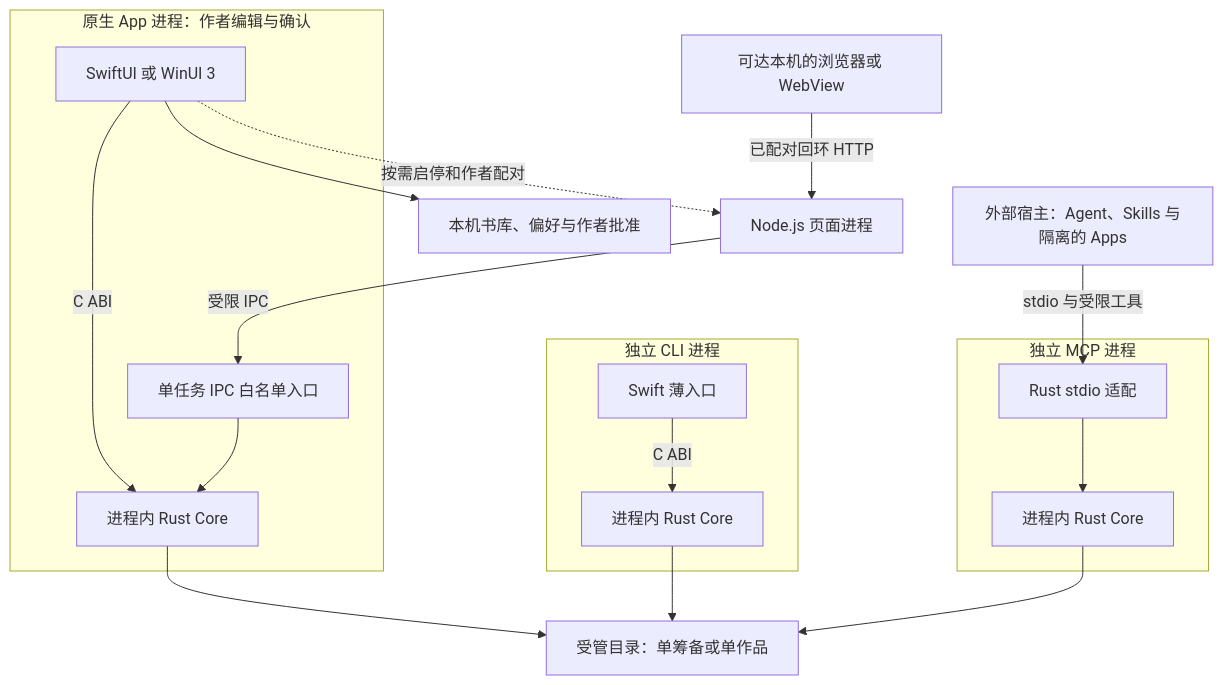
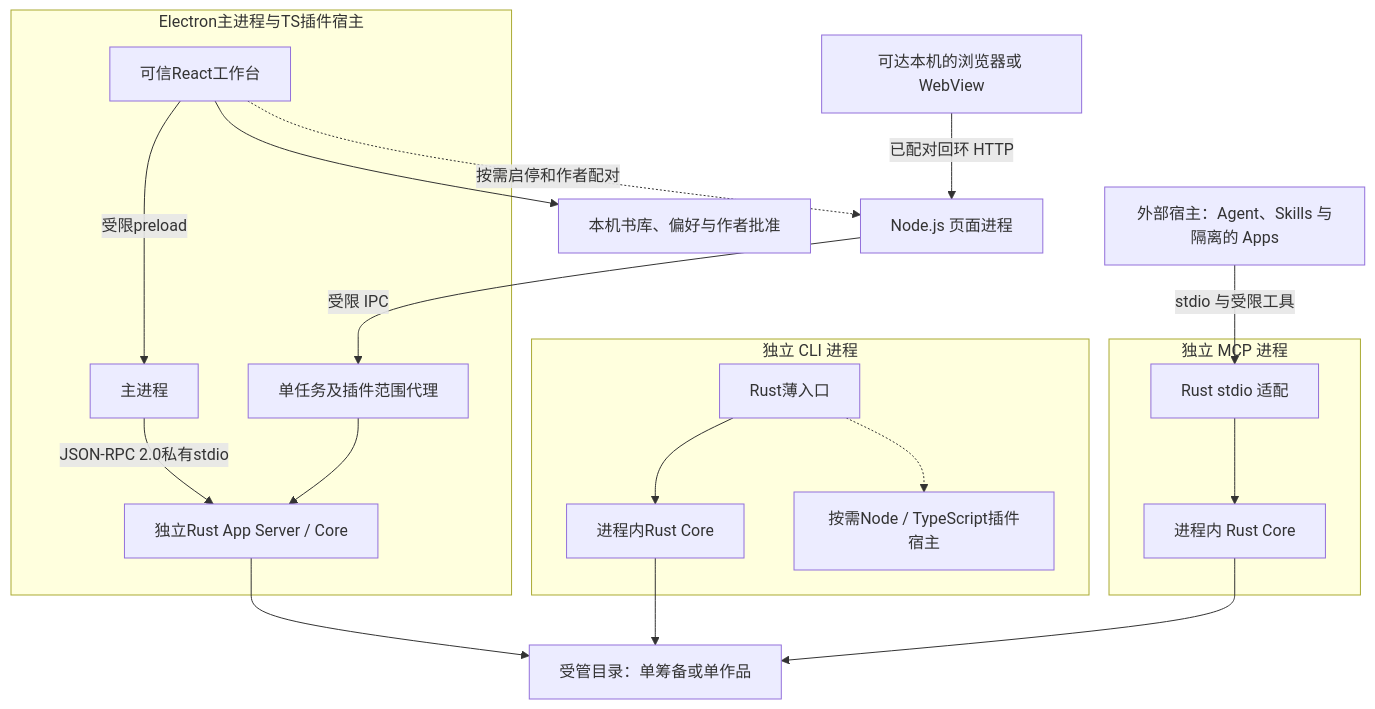
Diagram 21 of 54 in docs/23-业务流程与MCP时序.md (limecloud/hetu), drawn with Mermaid before and after one commit. The commit also changed other lines of this file and 729 other files, not shown here.

````diff
--- a/docs/23-业务流程与MCP时序.md
+++ b/docs/23-业务流程与MCP时序.md
@@ -570,23 +575,25 @@
 ```mermaid
 flowchart TB
     host["外部宿主：Agent、Skills 与隔离的 Apps"]
     browser["可达本机的浏览器或 WebView"]
-    subgraph nativeProcess["原生 App 进程：作者编辑与确认"]
-        nativeUi["SwiftUI 或 WinUI 3"] -->|"C ABI"| nativeCore["进程内 Rust Core"]
-        restrictedIpc["单任务 IPC 白名单入口"] --> nativeCore
+    subgraph nativeProcess["Electron主进程与TS插件宿主"]
+        nativeUi["可信React工作台"] -->|"受限preload"| main["主进程"]
+        main -->|"JSON-RPC 2.0私有stdio"| nativeCore["独立Rust App Server / Core"]
+        restrictedIpc["单任务及插件范围代理"] --> nativeCore
     end
     subgraph cliProcess["独立 CLI 进程"]
-        cliEntry["Swift 薄入口"] -->|"C ABI"| cliCore["进程内 Rust Core"]
+        cliEntry["Rust薄入口"] --> cliCore["进程内Rust Core"]
+        cliEntry -.-> pluginHost["按需Node / TypeScript插件宿主"]
     end
     subgraph mcpProcess["独立 MCP 进程"]
         mcpEntry["Rust stdio 适配"] --> mcpCore["进程内 Rust Core"]
     end
     nativeUi -.->|"按需启停和作者配对"| node["Node.js 页面进程"]
     browser -->|"已配对回环 HTTP"| node
     node -->|"受限 IPC"| restrictedIpc
     host -->|"stdio 与受限工具"| mcpEntry
     nativeCore --> data["受管目录：单筹备或单作品"]
     cliCore --> data
     mcpCore --> data
     nativeUi --> localData["本机书库、偏好与作者批准"]
 ```
````
